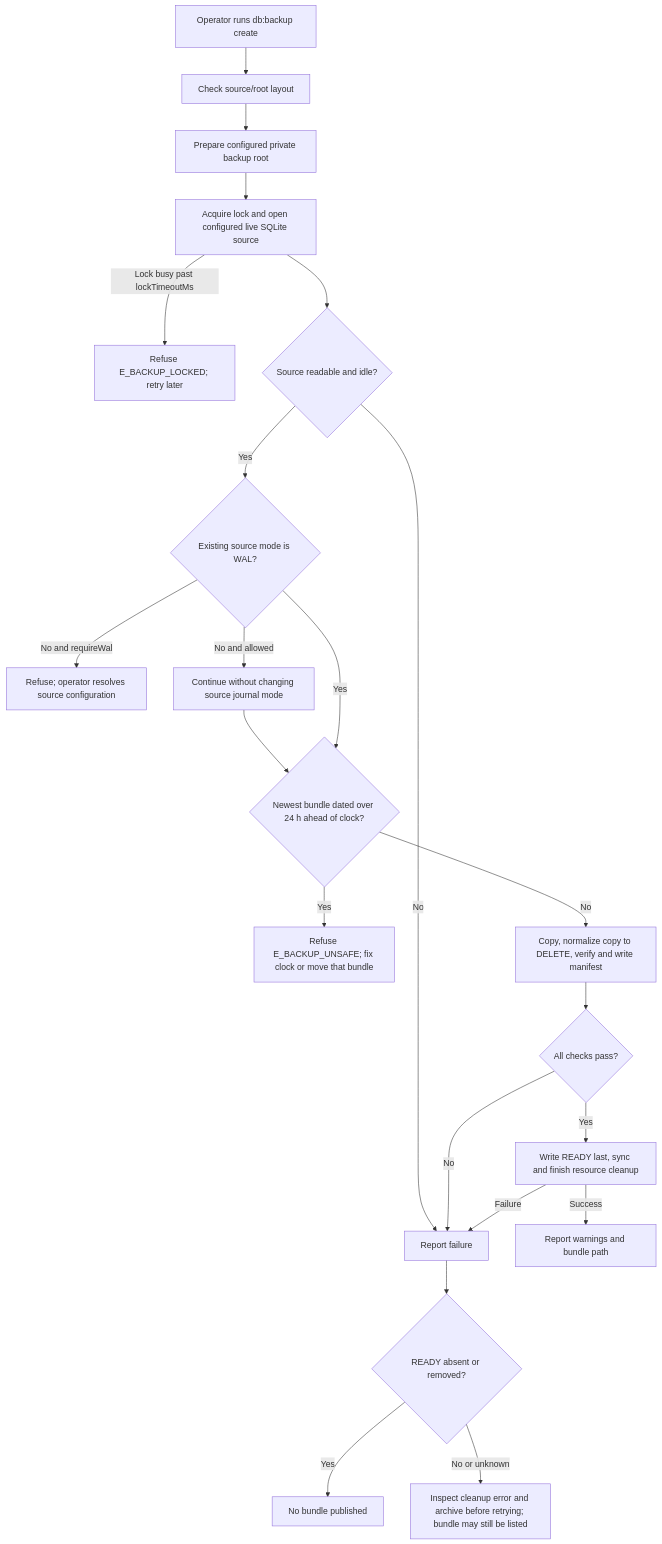
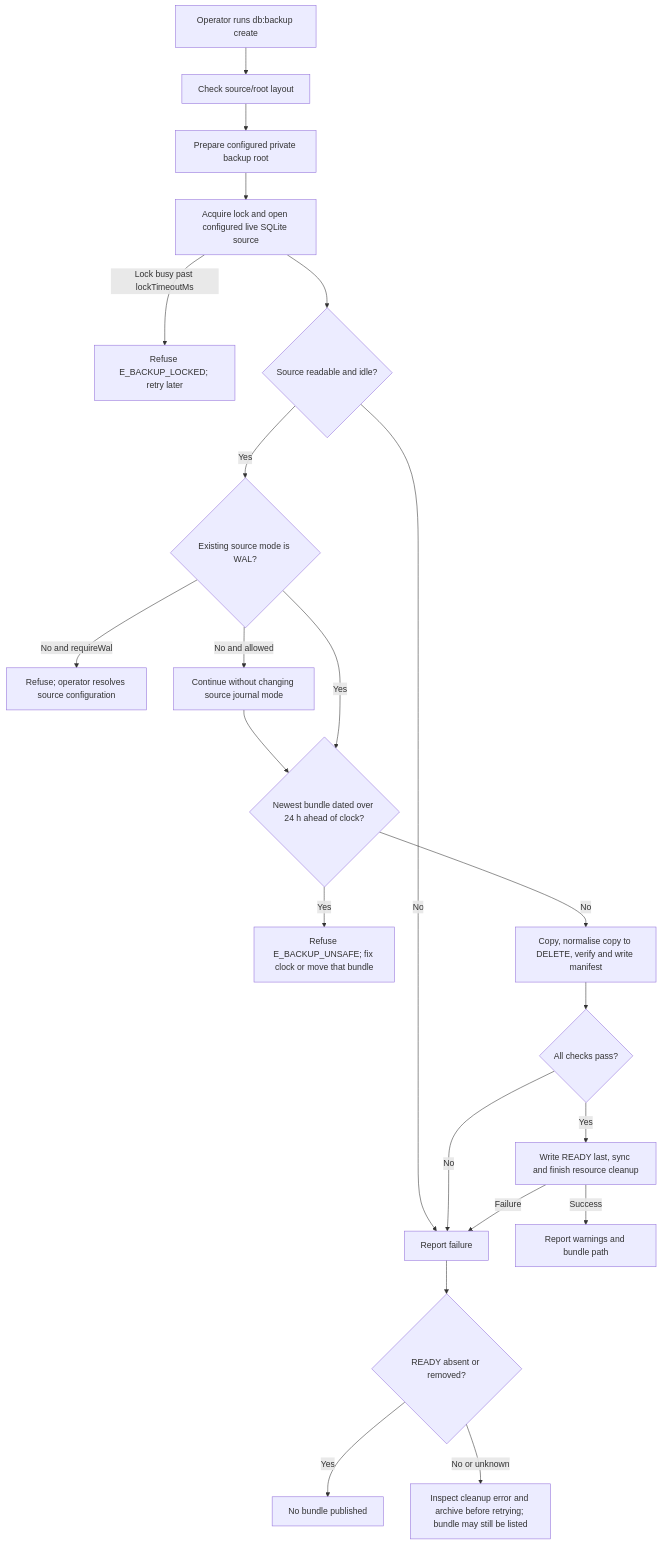
The first of 2 diagrams in user-stories/create-bundle/us-op-01-create-bundle.md (Kevinjohn/oss-adonisjs-sqlite-backup), drawn with Mermaid before and after one commit. The commit also changed other lines of this file and 6 other files, not shown here.

````diff
--- a/user-stories/create-bundle/us-op-01-create-bundle.md
+++ b/user-stories/create-bundle/us-op-01-create-bundle.md
@@ -26,24 +26,24 @@
 ```mermaid
 flowchart TD
     A["Operator runs db:backup create"] --> P["Check source/root layout"]
     P --> B["Prepare configured private backup root"]
     B --> C["Acquire lock and open configured live SQLite source"]
     C -->|Lock busy past lockTimeoutMs| X["Refuse E_BACKUP_LOCKED; retry later"]
     C --> O{"Source readable and idle?"}
     O -->|No| F
     O -->|Yes| J{"Existing source mode is WAL?"}
     J -->|No and requireWal| K["Refuse; operator resolves source configuration"]
     J -->|No and allowed| L["Continue without changing source journal mode"]
     L --> Y{"Newest bundle dated over 24 h ahead of clock?"}
     J -->|Yes| Y
     Y -->|Yes| Z["Refuse E_BACKUP_UNSAFE; fix clock or move that bundle"]
-    Y -->|No| D["Copy, normalize copy to DELETE, verify and write manifest"]
+    Y -->|No| D["Copy, normalise copy to DELETE, verify and write manifest"]
     D --> E{"All checks pass?"}
     E -->|No| F["Report failure"]
     E -->|Yes| G["Write READY last, sync and finish resource cleanup"]
     G -->|Success| H["Report warnings and bundle path"]
     G -->|Failure| F
     F --> T{"READY absent or removed?"}
     T -->|Yes| U["No bundle published"]
     T -->|No or unknown| V["Inspect cleanup error and archive before retrying; bundle may still be listed"]
 ```
````
